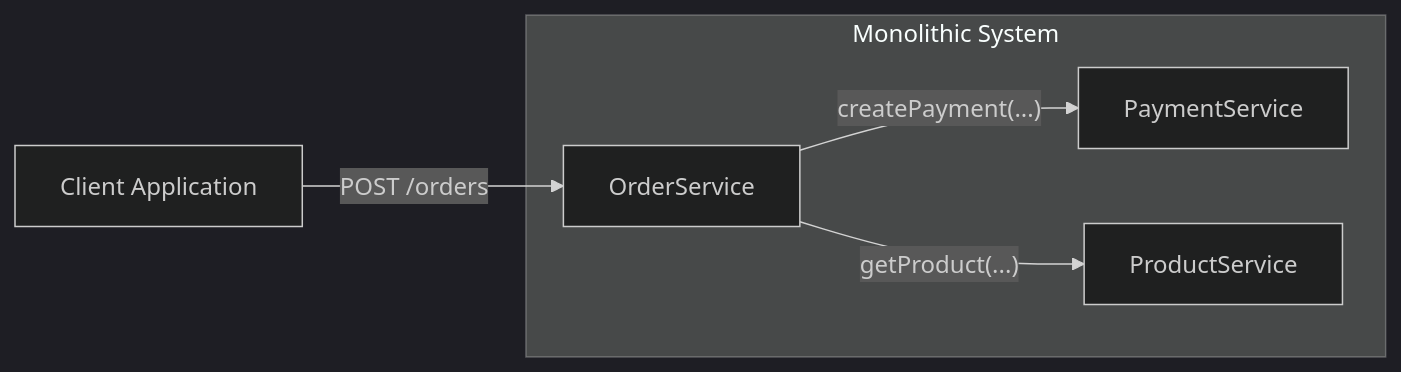
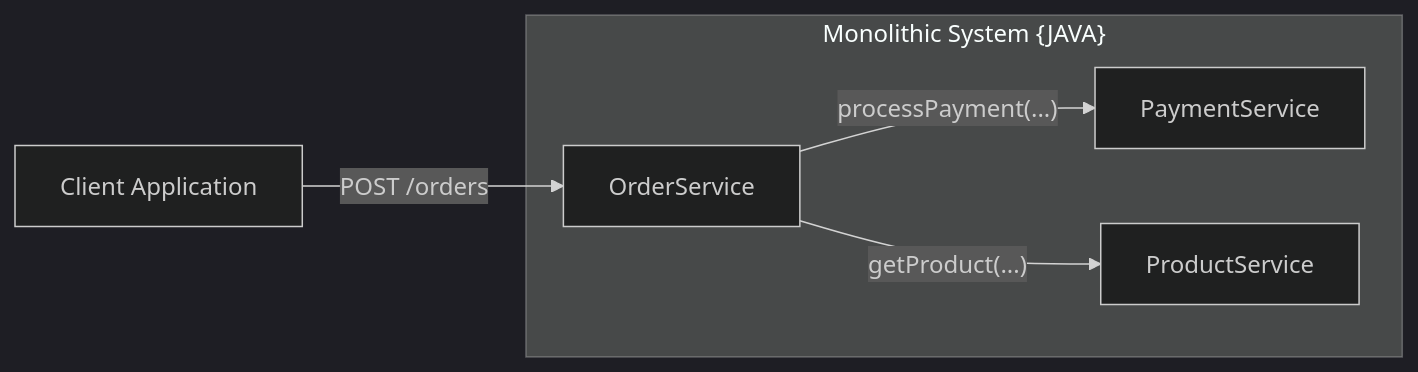
One commit to MarcinGargala/contract-tests changed the first of 3 diagrams in README.md. Above: the diagram before and after it, drawn with Mermaid (dark theme). The commit also changed other lines of this file and 4 other files, not shown here.

Commit message:
- Significant improvement and progress on README - Finish diagrams of example application that will be implemented

````diff
--- a/README.md
+++ b/README.md
@@ -63,16 +89,16 @@
 ```mermaid
 flowchart LR
   Client[Client Application]
 
-  subgraph Monolith[Monolithic System]
+  subgraph Monolith["Monolithic System {JAVA}"]
     OrderService[OrderService]
     PaymentService[PaymentService]
     ProductService[ProductService]
   end
 
   Client -->|POST /orders| OrderService
   OrderService -->|"getProduct(...)"| ProductService
-  OrderService -->|"createPayment(...)"| PaymentService
+  OrderService -->|"processPayment(...)"| PaymentService
 
 
 ```
````
